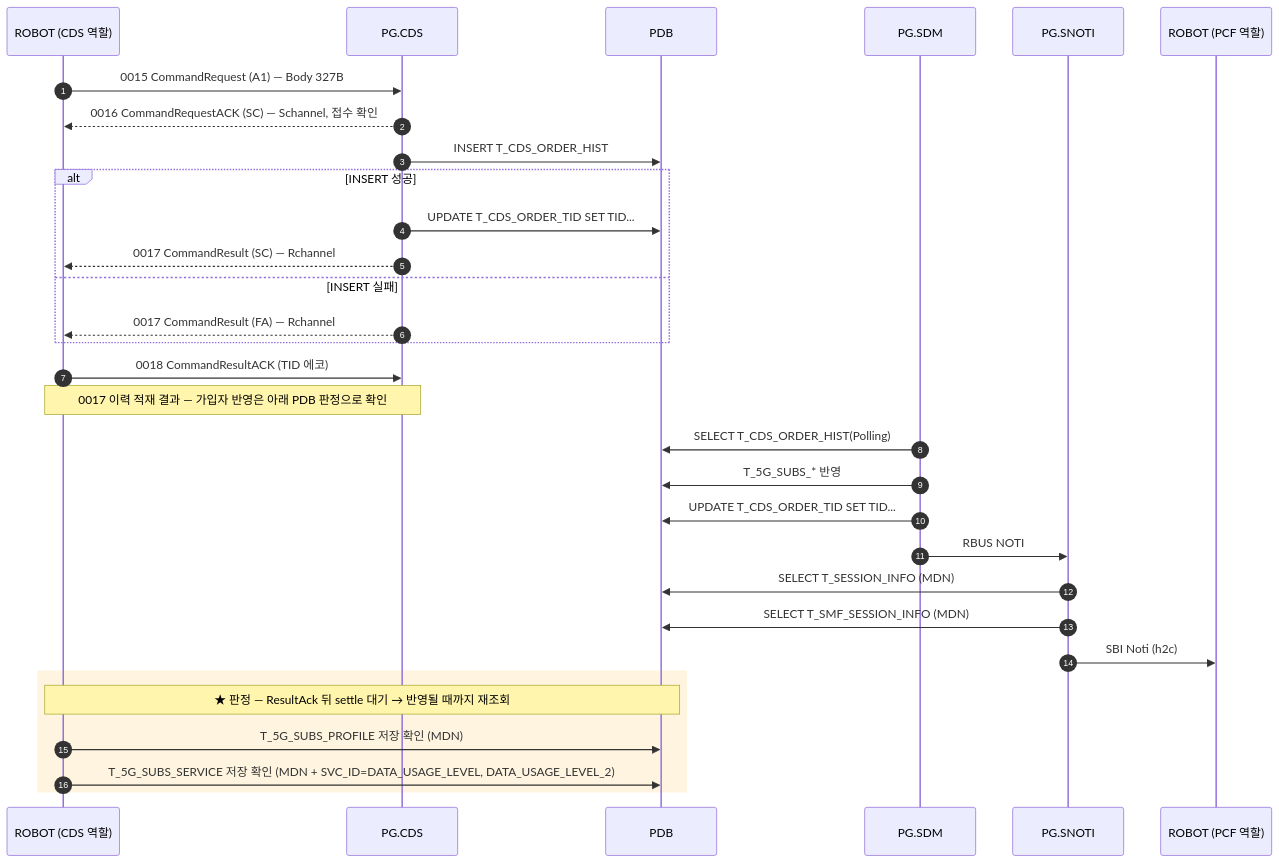
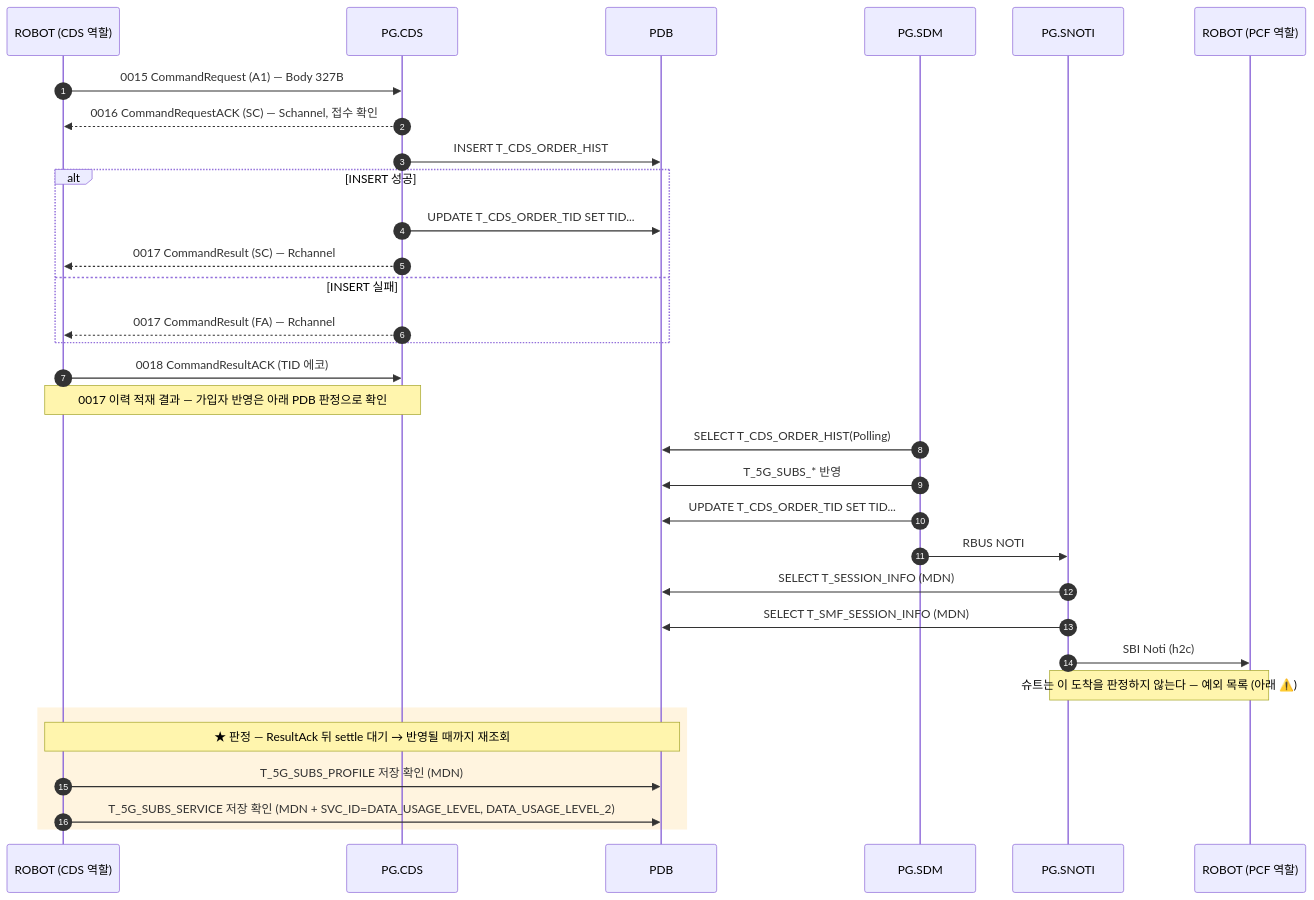
Before and after one commit to IanKim2030/tc4robot: the diagram in docs/callflow/CDS_A1.md, drawn with Mermaid. The commit also changed 18 other files, not shown here.

````diff
--- a/docs/callflow/CDS_A1.md
+++ b/docs/callflow/CDS_A1.md
@@ -17,35 +17,36 @@
 ```mermaid
 sequenceDiagram
     autonumber
     participant TOOL as ROBOT (CDS 역할)
     participant PCDS as PG.CDS
     participant PDB as PDB
     participant SDM as PG.SDM
     participant SNOTI as PG.SNOTI
     participant PCF as ROBOT (PCF 역할)
 
     TOOL->>PCDS: 0015 CommandRequest (A1) — Body 327B
     PCDS-->>TOOL: 0016 CommandRequestACK (SC) — Schannel, 접수 확인
     PCDS->>PDB: INSERT T_CDS_ORDER_HIST
     alt INSERT 성공
         PCDS->>PDB: UPDATE T_CDS_ORDER_TID SET TID...
         PCDS-->>TOOL: 0017 CommandResult (SC) — Rchannel
     else INSERT 실패
         PCDS-->>TOOL: 0017 CommandResult (FA) — Rchannel
     end
     TOOL->>PCDS: 0018 CommandResultACK (TID 에코)
     Note over TOOL,PCDS: 0017 이력 적재 결과 — 가입자 반영은 아래 PDB 판정으로 확인
 
     SDM->>PDB: SELECT T_CDS_ORDER_HIST(Polling)
     SDM->>PDB: T_5G_SUBS_* 반영
     SDM->>PDB: UPDATE T_CDS_ORDER_TID SET TID...
     SDM->>SNOTI: RBUS NOTI
     SNOTI->>PDB: SELECT T_SESSION_INFO (MDN)
     SNOTI->>PDB: SELECT T_SMF_SESSION_INFO (MDN)
     SNOTI->>PCF: SBI Noti (h2c)
+    Note over SNOTI,PCF: 슈트는 이 도착을 판정하지 않는다 — 예외 목록 (아래 ⚠️)
     rect rgba(255, 176, 32, 0.14)
     Note over TOOL,PDB: ★ 판정 — ResultAck 뒤 settle 대기 → 반영될 때까지 재조회
         TOOL->>PDB: T_5G_SUBS_PROFILE 저장 확인 (MDN)
         TOOL->>PDB: T_5G_SUBS_SERVICE 저장 확인 (MDN + SVC_ID=DATA_USAGE_LEVEL, DATA_USAGE_LEVEL_2)
     end
 ```
````
